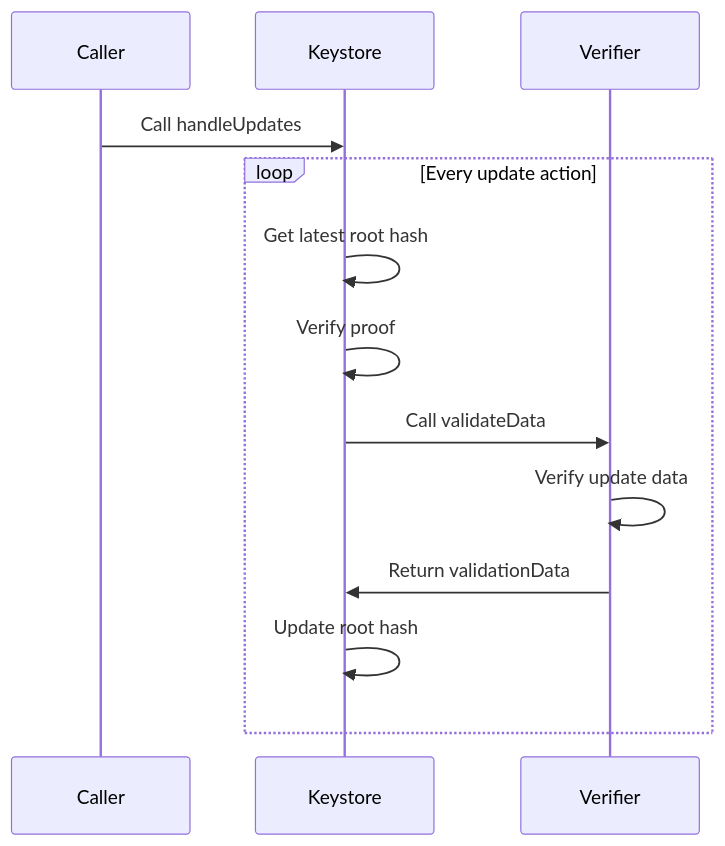
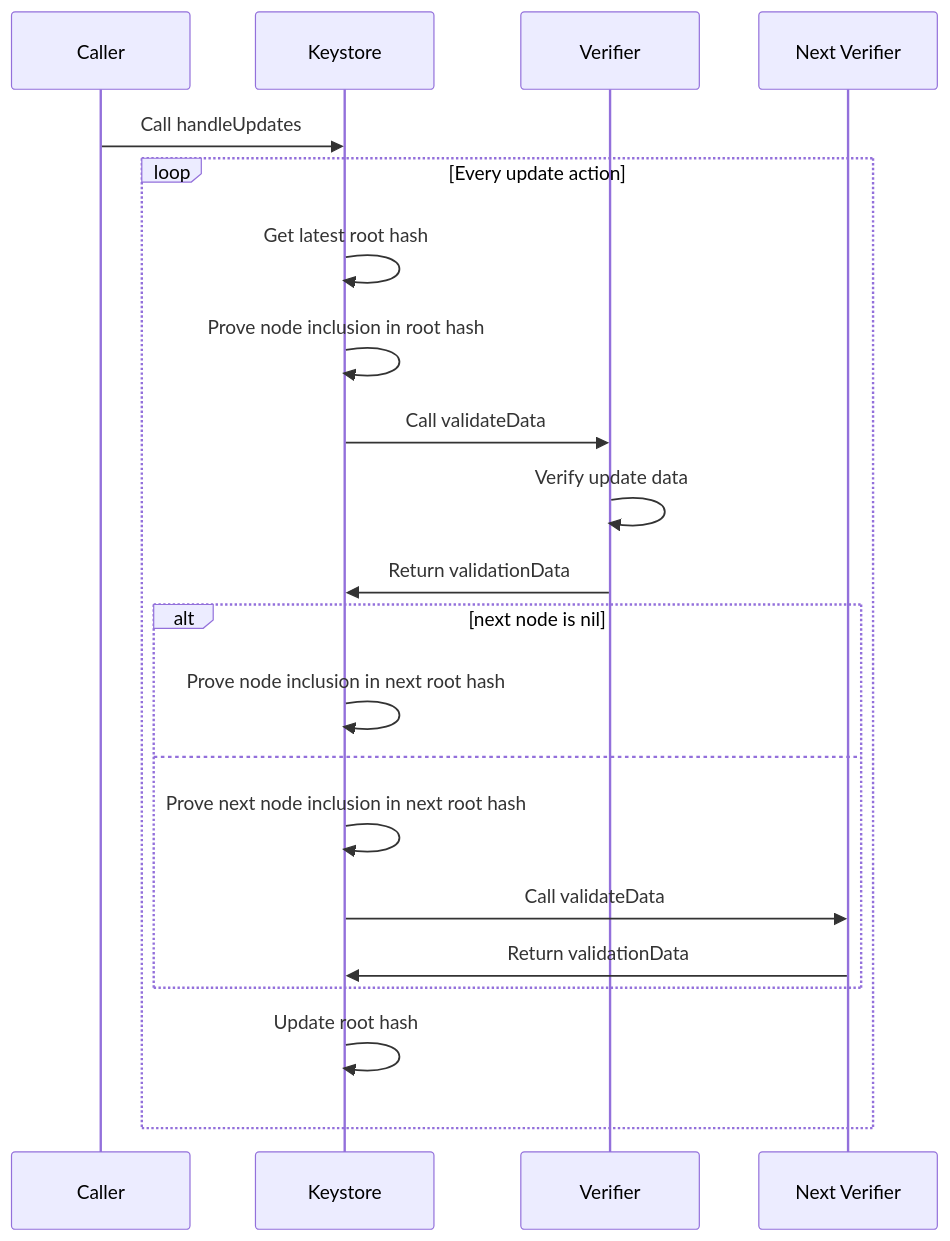
Before and after one commit to stackup-wallet/keystore: the second of 3 diagrams in doc/spec.md, drawn with Mermaid. The commit also changed other lines of this file and 6 other files, not shown here.

Commit message:
Findings 13: add next root hash validation (#57)

````diff
--- a/doc/spec.md
+++ b/doc/spec.md
@@ -154,12 +162,19 @@
 ```mermaid
 sequenceDiagram
     Caller->>Keystore: Call handleUpdates
     loop Every update action
         Keystore->>Keystore: Get latest root hash
-        Keystore->>Keystore: Verify proof
+        Keystore->>Keystore: Prove node inclusion in root hash
         Keystore->>Verifier: Call validateData
         Verifier->>Verifier: Verify update data
         Verifier->>Keystore: Return validationData
+        alt next node is nil
+            Keystore->>Keystore: Prove node inclusion in next root hash
+        else
+            Keystore->>Keystore: Prove next node inclusion in next root hash
+            Keystore->>Next Verifier: Call validateData
+            Next Verifier->>Keystore: Return validationData
+        end
         Keystore->>Keystore: Update root hash
     end
 ```
````
